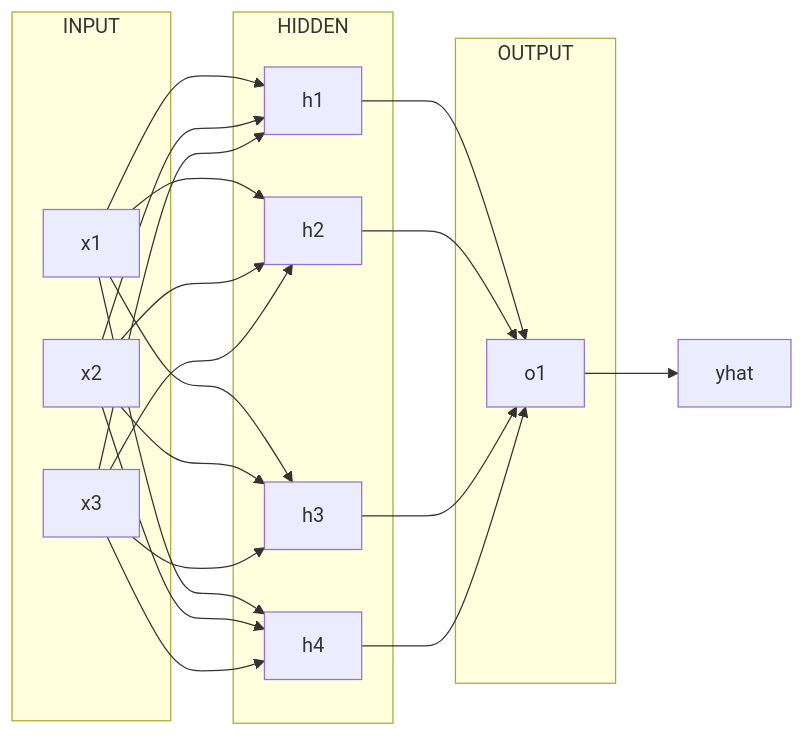
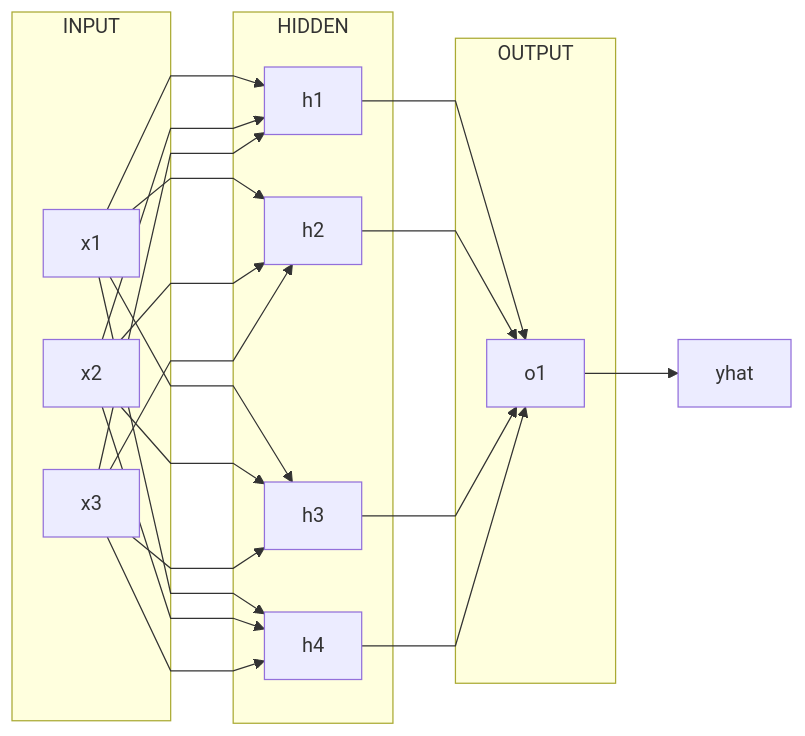
The diagram in 1-neural-networks-and-deep-learning/week-3/README.md (scottfones/coursera-deep-learning-specialization), drawn with Mermaid before and after one commit.

Commit message:
diagram: flowchart with straight lines

````diff
--- a/1-neural-networks-and-deep-learning/week-3/README.md
+++ b/1-neural-networks-and-deep-learning/week-3/README.md
@@ -22,22 +22,23 @@
 ```mermaid
-  graph LR 
+  %%{ init: { 'flowchart': { 'curve': 'linear' } } }%%
+  flowchart LR 
     subgraph INPUT
       x1 
       x2 
       x3 
     end
     subgraph HIDDEN
       h1 
       h2 
       h3 
       h4 
     end 
     subgraph OUTPUT 
       o1 
     end 
     x1 --> h1 & h2 & h3 & h4
     x2 --> h1 & h2 & h3 & h4
     x3 --> h1 & h2 & h3 & h4
     h1 & h2 & h3 & h4 --> o1
     o1 --> yhat
 ```
````
